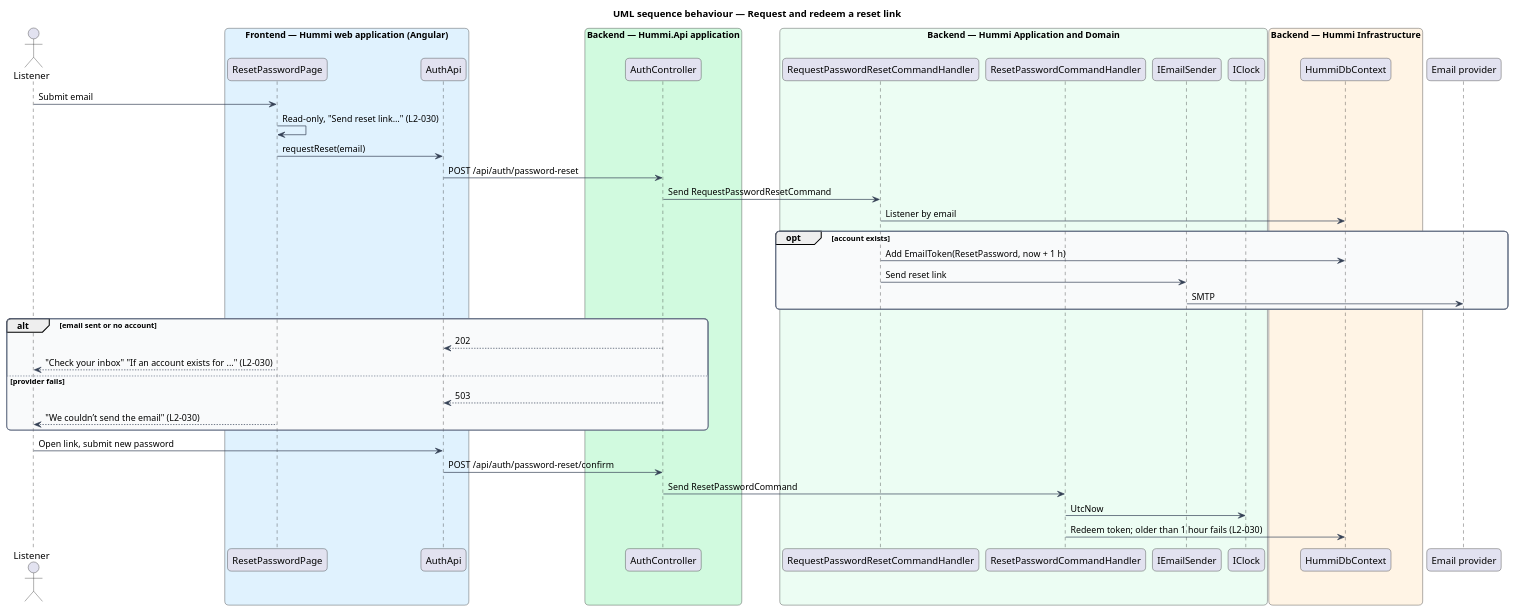
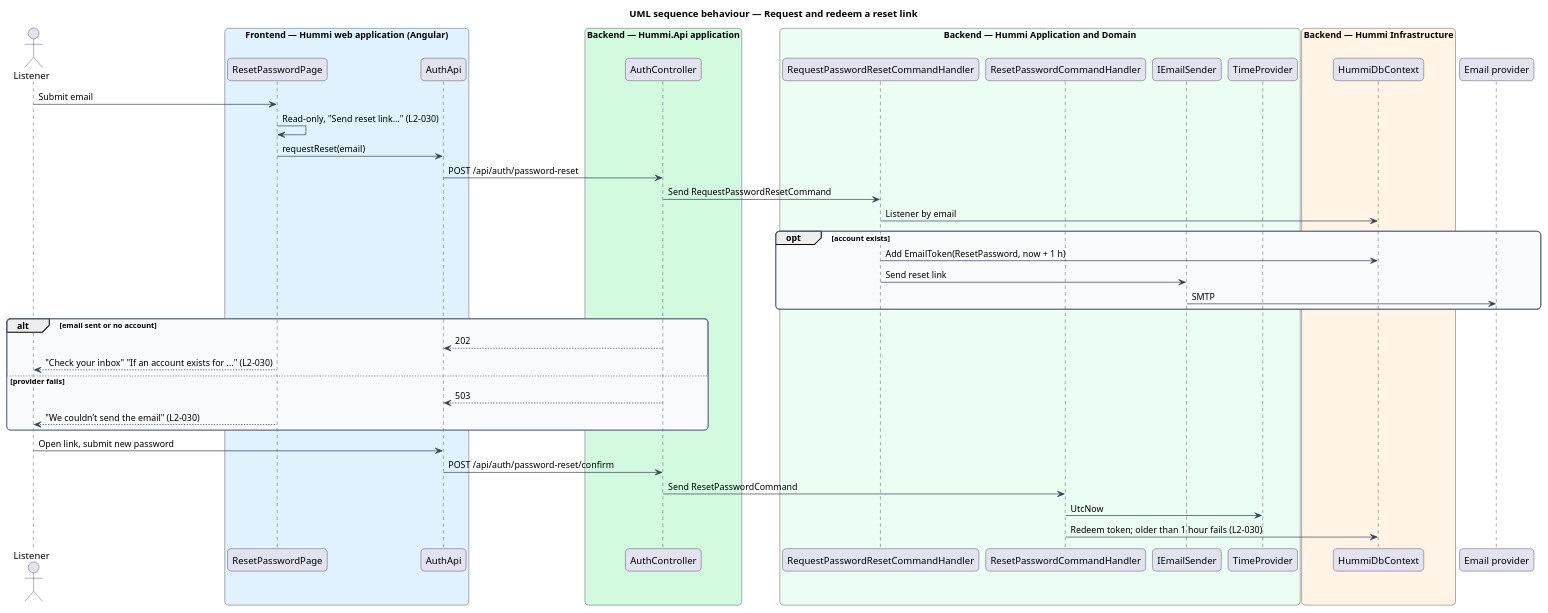
One commit to QuinntyneBrown/hummi changed the diagram in docs/detailed-designs/accounts/reset-password/diagrams/sequence-reset.puml. Above: the diagram before and after it, drawn with PlantUML. The commit also changed 36 other files, not shown here.

```diff
--- a/docs/detailed-designs/accounts/reset-password/diagrams/sequence-reset.puml
+++ b/docs/detailed-designs/accounts/reset-password/diagrams/sequence-reset.puml
@@ -1,58 +1,58 @@
 @startuml
 title UML sequence behaviour — Request and redeem a reset link
 skinparam backgroundColor #FFFFFF
 skinparam shadowing false
 skinparam roundcorner 12
 skinparam defaultFontName Arial
 skinparam ArrowColor #344054
 skinparam rectangle {
   BorderColor #344054
   FontColor #101828
 }
 skinparam package {
   BorderColor #667085
   FontColor #101828
   BackgroundColor #F9FAFB
 }
 actor "Listener" as u
 box "Frontend — Hummi web application (Angular)" #E0F2FE
   participant "ResetPasswordPage" as page
   participant "AuthApi" as client
 end box
 box "Backend — Hummi.Api application" #D1FADF
   participant "AuthController" as ctl
 end box
 box "Backend — Hummi Application and Domain" #ECFDF3
   participant "RequestPasswordResetCommandHandler" as cmd
   participant "ResetPasswordCommandHandler" as redeem
   participant "IEmailSender" as mail
-  participant "IClock" as clock
+  participant "TimeProvider" as clock
 end box
 box "Backend — Hummi Infrastructure" #FFF4E5
   participant "HummiDbContext" as ctx
 end box
 participant "Email provider" as email
 u -> page : Submit email
 page -> page : Read-only, "Send reset link…" (L2-030)
 page -> client : requestReset(email)
 client -> ctl : POST /api/auth/password-reset
 ctl -> cmd : Send RequestPasswordResetCommand
 cmd -> ctx : Listener by email
 opt account exists
   cmd -> ctx : Add EmailToken(ResetPassword, now + 1 h)
   cmd -> mail : Send reset link
   mail -> email : SMTP
 end
 alt email sent or no account
   ctl --> client : 202
   page --> u : "Check your inbox" "If an account exists for ..." (L2-030)
 else provider fails
   ctl --> client : 503
   page --> u : "We couldn’t send the email" (L2-030)
 end
 u -> client : Open link, submit new password
 client -> ctl : POST /api/auth/password-reset/confirm
 ctl -> redeem : Send ResetPasswordCommand
 redeem -> clock : UtcNow
 redeem -> ctx : Redeem token; older than 1 hour fails (L2-030)
 @enduml
```
